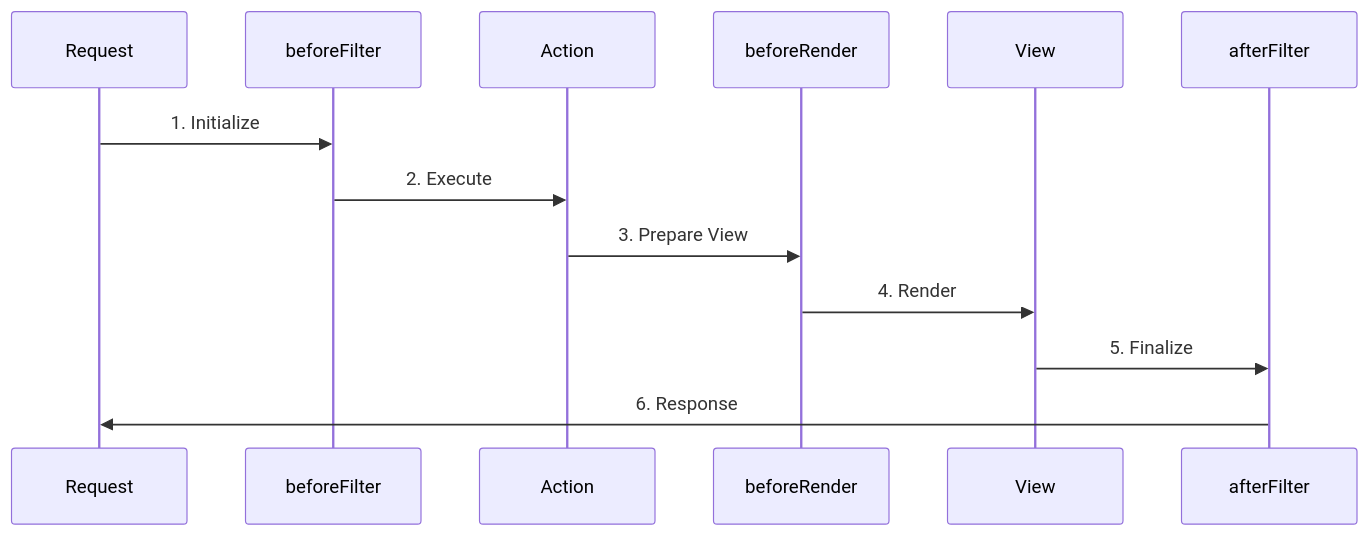
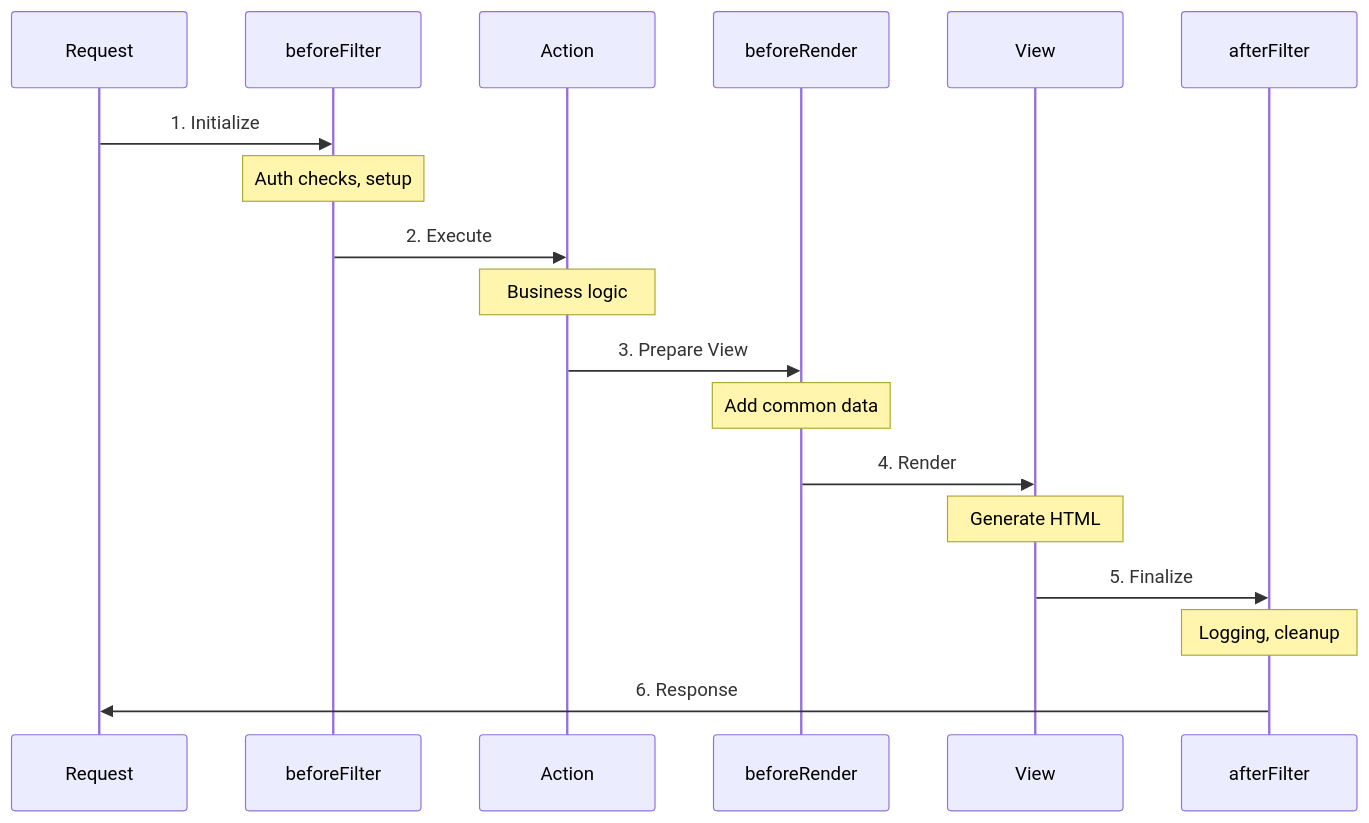
One commit to abhayraj-ops/Cake-Learn changed diagram 12 of 36 in docs/06-controllers.md. Above: the diagram before and after it, drawn with Mermaid. The commit also changed other lines of this file, not shown here.

Commit message:
Enhance Controllers page with comprehensive diagrams and detailed code explanations

````diff
--- a/docs/06-controllers.md
+++ b/docs/06-controllers.md
@@ -373,16 +666,21 @@
 ```mermaid
 sequenceDiagram
     participant Request
     participant beforeFilter
     participant Action
     participant beforeRender
     participant View
     participant afterFilter
 
     Request->>beforeFilter: 1. Initialize
+    Note over beforeFilter: Auth checks, setup
     beforeFilter->>Action: 2. Execute
+    Note over Action: Business logic
     Action->>beforeRender: 3. Prepare View
+    Note over beforeRender: Add common data
     beforeRender->>View: 4. Render
+    Note over View: Generate HTML
     View->>afterFilter: 5. Finalize
+    Note over afterFilter: Logging, cleanup
     afterFilter->>Request: 6. Response
 ```
````
